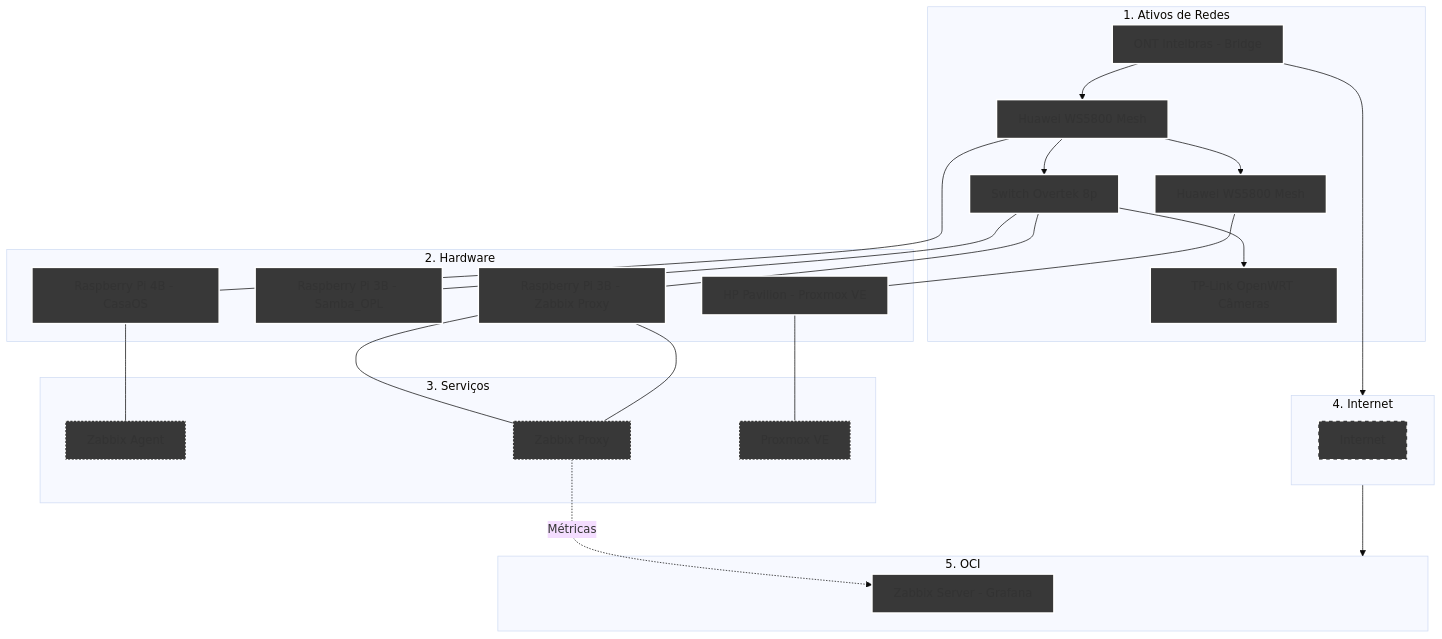
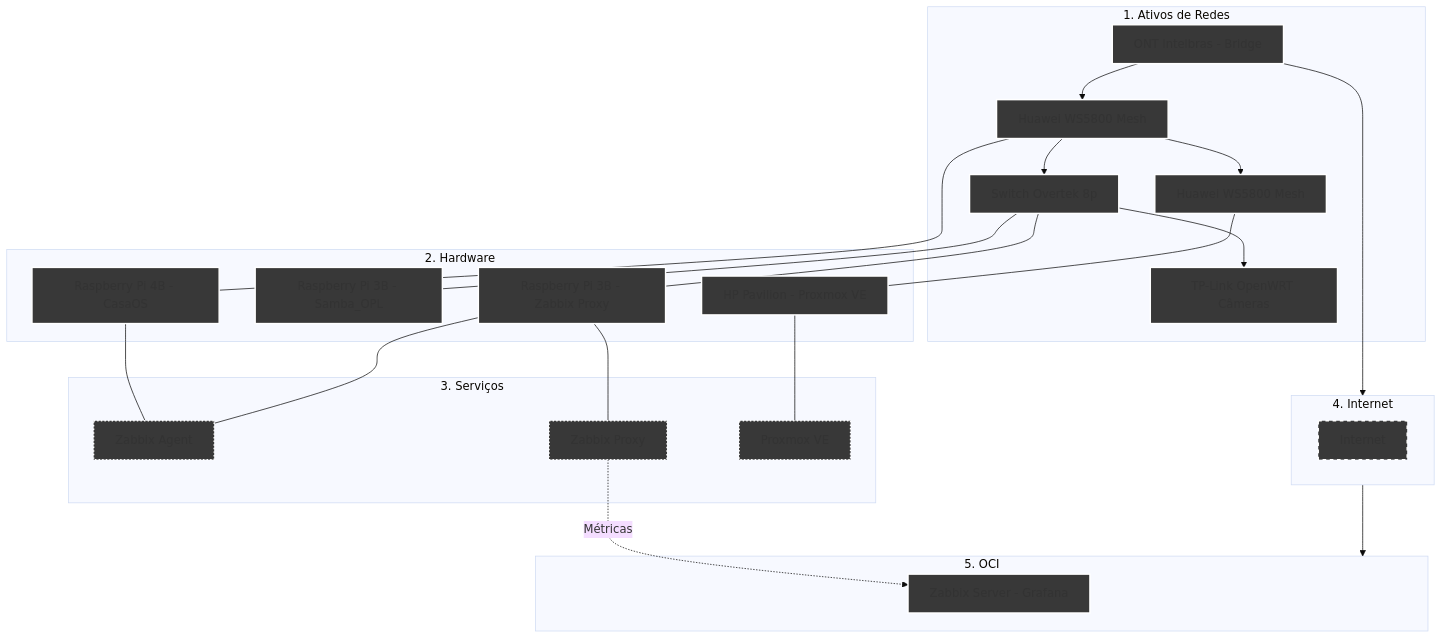
The diagram in Infraestructure/README.md (kevindexter22/Dr-Hardware-Autonet), drawn with Mermaid (base theme) before and after one commit.

````diff
--- a/Infraestructure/README.md
+++ b/Infraestructure/README.md
@@ -13,52 +13,52 @@
 ```mermaid
 graph TD
     %% Estilos
     classDef rede fill:#383838,stroke:#FFFFFF,stroke-width:2px;
     classDef hardware fill:#383838,stroke:#FFFFFF,stroke-width:2px;
     classDef internet fill:#383838,stroke:#FFFFFF,stroke-width:2px,stroke-dasharray: 5 5;
     classDef serviços fill:#383838,stroke:#FFFFFF,stroke-width:2px, stroke-dasharray: 2 3;
     classDef oci fill:#383838,stroke:#FFFFFF,stroke-width:2px;
 
     %% 1. ATIVOS DE REDE
     subgraph S1 [1. Ativos de Redes]
         ONT[ONT Intelbras - Bridge]:::rede --> R_Mesh1[Huawei WS5800 Mesh]:::rede
         R_Mesh1 --> R_Mesh2[Huawei WS5800 Mesh]:::rede
         R_Mesh1 --> SW1[Switch Overtek 8p]:::rede
         SW1 --> R_Cams[TP-Link OpenWRT Câmeras]:::rede
     end
 
     %% 2. HARDWARE
     subgraph S2 [2. Hardware]
         R_Mesh1 --- RPi4B[Raspberry Pi 4B - CasaOS]:::hardware
         SW1 --- RPi3B_1[Raspberry Pi 3B - Samba_OPL]:::hardware
         SW1 --- RPi3B_2[Raspberry Pi 3B - Zabbix Proxy]:::hardware
         R_Mesh2 --- HP[HP Pavilion - Proxmox VE]:::hardware
     end
 
     %% 3. SERVIÇOS     
     subgraph S3 [3. Serviços];
         RPi4B --- ZA[Zabbix Agent]:::serviços
-        RPi3B_2 --- ZP[Zabbix Agent]:::serviços
+        RPi3B_2 --- ZA[Zabbix Agent]:::serviços
         RPi3B_2 --- ZP[Zabbix Proxy]:::serviços
         HP --- PVE[Proxmox VE]:::serviços        
     end
 
     %% 4. Internet (A PONTE)
     subgraph S4 [4. Internet]
            internet[Internet]:::internet
     end
 
     %% 5. OCI
     subgraph S5 [5. OCI]
         ZS[Zabbix Server - Grafana]:::oci
     end
 
     %% Conexões de Fluxo de Dados para manter a ordem
     ONT --> S4
     S4 --> S5
     
     %% Relacionamentos lógicos (setas duplas para replicação)
     ZP -.-> |Métricas| ZS
     
 
 ```
````
